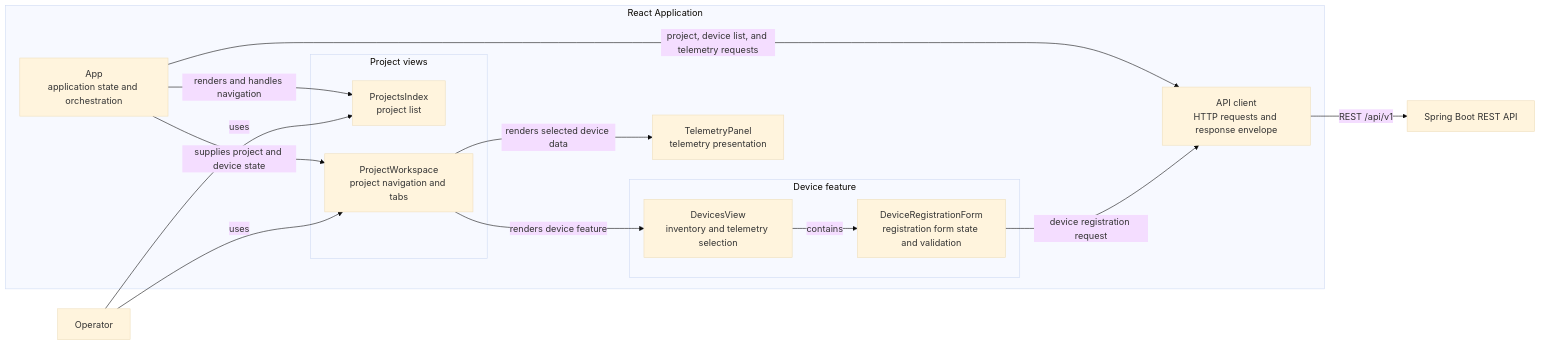
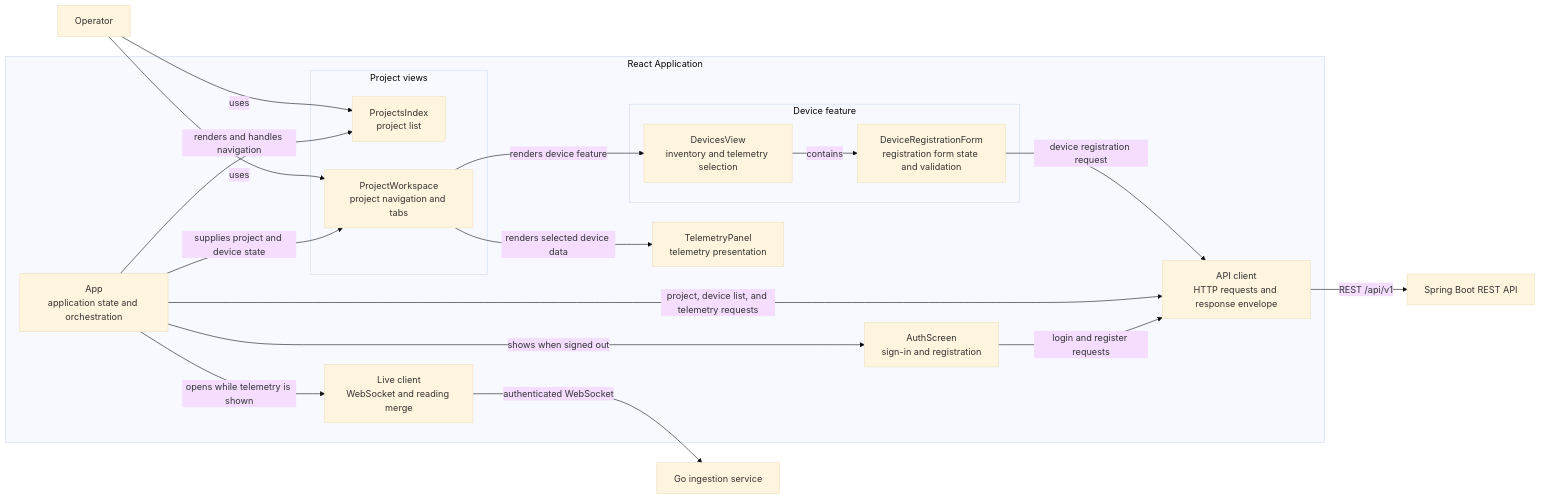
Before and after one commit to Hashu-17/openroots: the diagram in docs/architecture/c4-frontend-components.md, drawn with Mermaid (base theme). The commit also changed other lines of this file and 9 other files, not shown here.

Commit message:
docs: update architecture, product and API docs for sign-in, live telemetry and broker sync

````diff
--- a/docs/architecture/c4-frontend-components.md
+++ b/docs/architecture/c4-frontend-components.md
@@ -5,33 +5,39 @@
 ```mermaid
 flowchart LR
     operator[Operator]
 
     subgraph frontend[React Application]
         app[App<br/>application state and orchestration]
 
         subgraph project_views[Project views]
             projects[ProjectsIndex<br/>project list]
             workspace[ProjectWorkspace<br/>project navigation and tabs]
         end
 
         subgraph device_feature[Device feature]
             devices[DevicesView<br/>inventory and telemetry selection]
             registration[DeviceRegistrationForm<br/>registration form state and validation]
         end
 
+        auth[AuthScreen<br/>sign-in and registration]
         telemetry[TelemetryPanel<br/>telemetry presentation]
         client[API client<br/>HTTP requests and response envelope]
+        live[Live client<br/>WebSocket and reading merge]
 
         app -->|renders and handles navigation| projects
         app -->|supplies project and device state| workspace
         workspace -->|renders device feature| devices
         devices -->|contains| registration
         workspace -->|renders selected device data| telemetry
+        app -->|shows when signed out| auth
+        auth -->|login and register requests| client
         app -->|project, device list, and telemetry requests| client
+        app -->|opens while telemetry is shown| live
         registration -->|device registration request| client
     end
 
     operator -->|uses| projects
     operator -->|uses| workspace
     client -->|REST /api/v1| backend[Spring Boot REST API]
+    live -->|authenticated WebSocket| ingestion[Go ingestion service]
 ```
````
